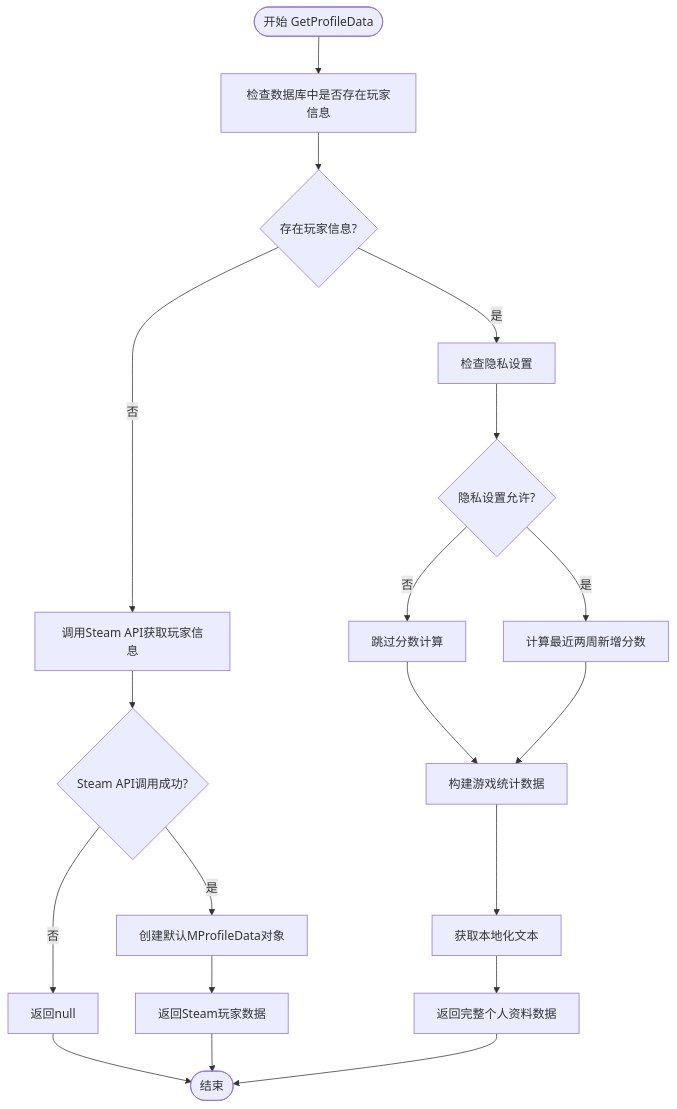
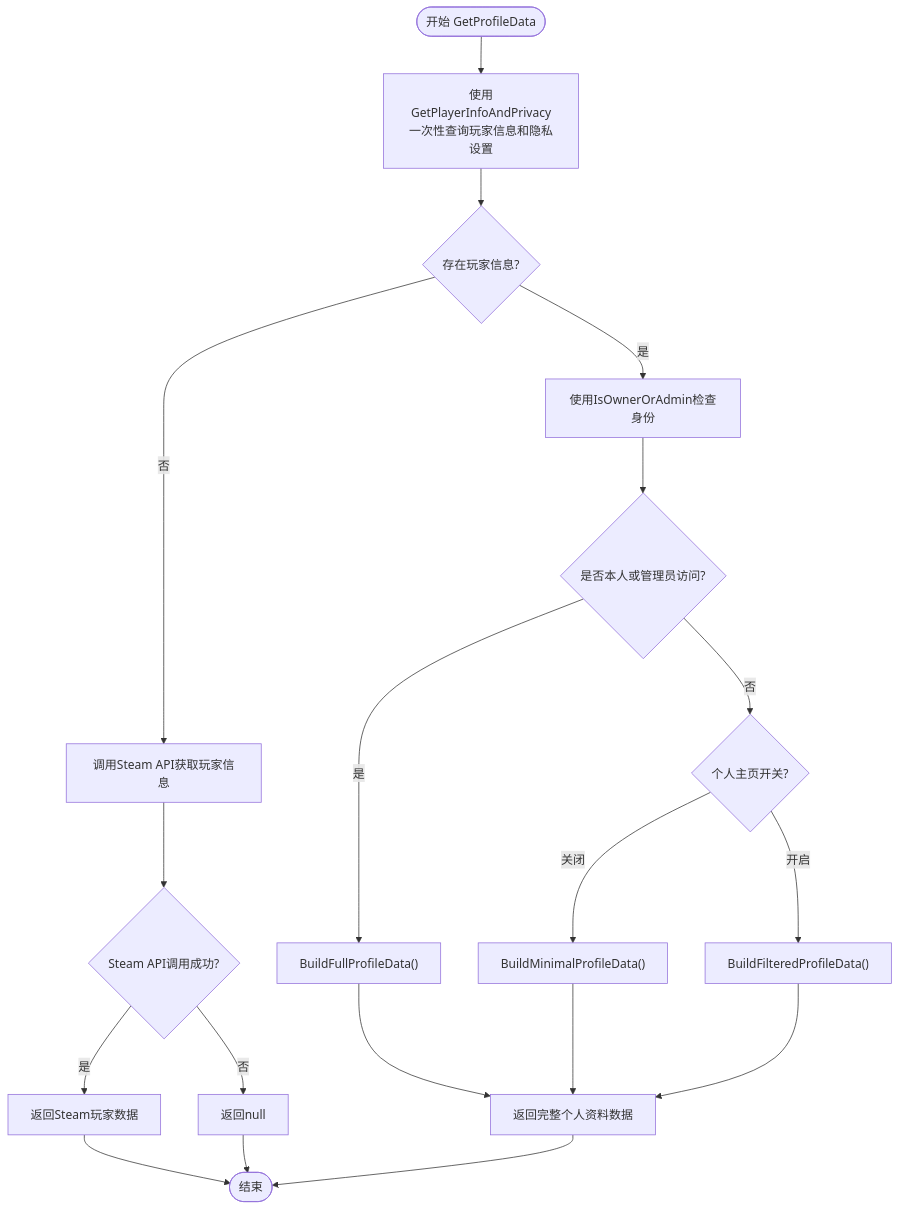
Before and after one commit to TinyMaD/SpeedRunnersLab: the fourth of 32 diagrams in .qoder/repowiki/zh/content/后端 API 服务/用户管理模块/个人资料系统.md, drawn with Mermaid. The commit also changed other lines of this file and 29 other files, not shown here.

````diff
--- a/.qoder/repowiki/zh/content/后端 API 服务/用户管理模块/个人资料系统.md
+++ b/.qoder/repowiki/zh/content/后端 API 服务/用户管理模块/个人资料系统.md
@@ -288,21 +339,21 @@
 ```mermaid
 flowchart TD
-Start([开始 GetProfileData]) --> CheckDB["检查数据库中是否存在玩家信息"]
+Start([开始 GetProfileData]) --> CheckDB["使用GetPlayerInfoAndPrivacy一次性查询玩家信息和隐私设置"]
 CheckDB --> HasData{"存在玩家信息?"}
 HasData --> |否| CallSteam["调用Steam API获取玩家信息"]
-HasData --> |是| CheckPrivacy["检查隐私设置"]
+HasData --> |是| CheckOwner["使用IsOwnerOrAdmin检查身份"]
 CallSteam --> SteamSuccess{"Steam API调用成功?"}
-SteamSuccess --> |是| CreateDefault["创建默认MProfileData对象"]
+SteamSuccess --> |是| ReturnSteamData["返回Steam玩家数据"]
 SteamSuccess --> |否| ReturnNull["返回null"]
-CreateDefault --> ReturnSteamData["返回Steam玩家数据"]
-CheckPrivacy --> IsPublic{"隐私设置允许?"}
-IsPublic --> |否| SkipScore["跳过分数计算"]
-IsPublic --> |是| CalcScore["计算最近两周新增分数"]
-SkipScore --> BuildStats["构建游戏统计数据"]
-CalcScore --> BuildStats
-BuildStats --> LocalizeText["获取本地化文本"]
-LocalizeText --> ReturnData["返回完整个人资料数据"]
-ReturnNull --> End([结束])
-ReturnSteamData --> End
+CheckOwner --> IsOwner{"是否本人或管理员访问?"}
+IsOwner --> |是| BuildFull["BuildFullProfileData()"]
+IsOwner --> |否| CheckProfile{"个人主页开关?"}
+CheckProfile --> |关闭| BuildMinimal["BuildMinimalProfileData()"]
+CheckProfile --> |开启| BuildFiltered["BuildFilteredProfileData()"]
+BuildFull --> ReturnData["返回完整个人资料数据"]
+BuildMinimal --> ReturnData
+BuildFiltered --> ReturnData
+ReturnSteamData --> End([结束])
+ReturnNull --> End
 ReturnData --> End
 ```
````
